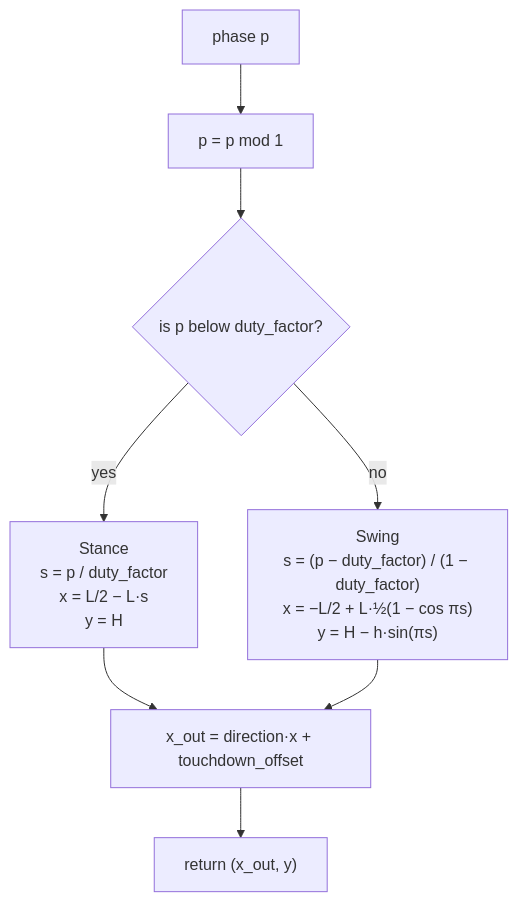
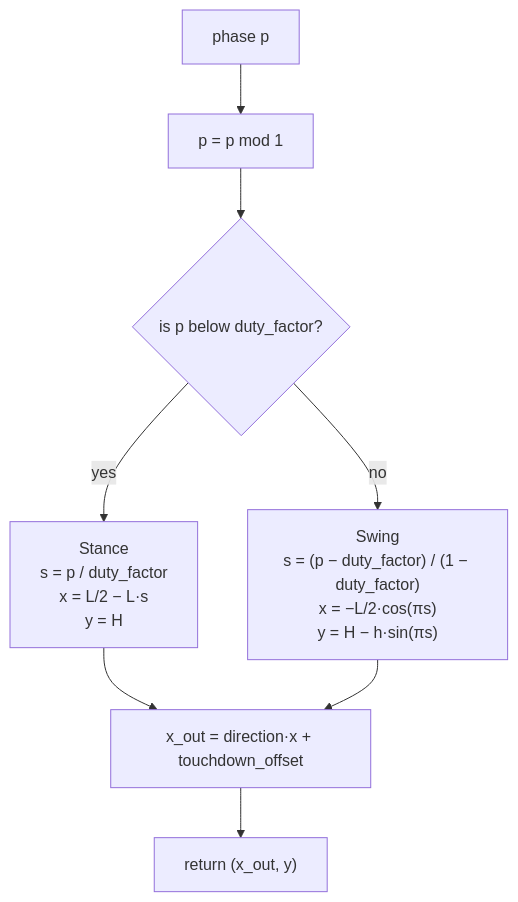
One commit to Martin-Jin/humanoid-walk changed the second of 3 diagrams in docs/gait.md. Above: the diagram before and after it, drawn with Mermaid. The commit also changed other lines of this file and 2 other files, not shown here.

````diff
--- a/docs/gait.md
+++ b/docs/gait.md
@@ -62,10 +75,10 @@
 ```mermaid
 flowchart TD
     S["phase p"] --> W["p = p mod 1"]
     W --> Q{"is p below duty_factor?"}
     Q -- yes --> ST["Stance<br/>s = p / duty_factor<br/>x = L/2 − L·s<br/>y = H"]
-    Q -- no --> SW["Swing<br/>s = (p − duty_factor) / (1 − duty_factor)<br/>x = −L/2 + L·½(1 − cos πs)<br/>y = H − h·sin(πs)"]
+    Q -- no --> SW["Swing<br/>s = (p − duty_factor) / (1 − duty_factor)<br/>x = −L/2·cos(πs)<br/>y = H − h·sin(πs)"]
     ST --> O["x_out = direction·x + touchdown_offset"]
     SW --> O
     O --> R["return (x_out, y)"]
 ```
````
